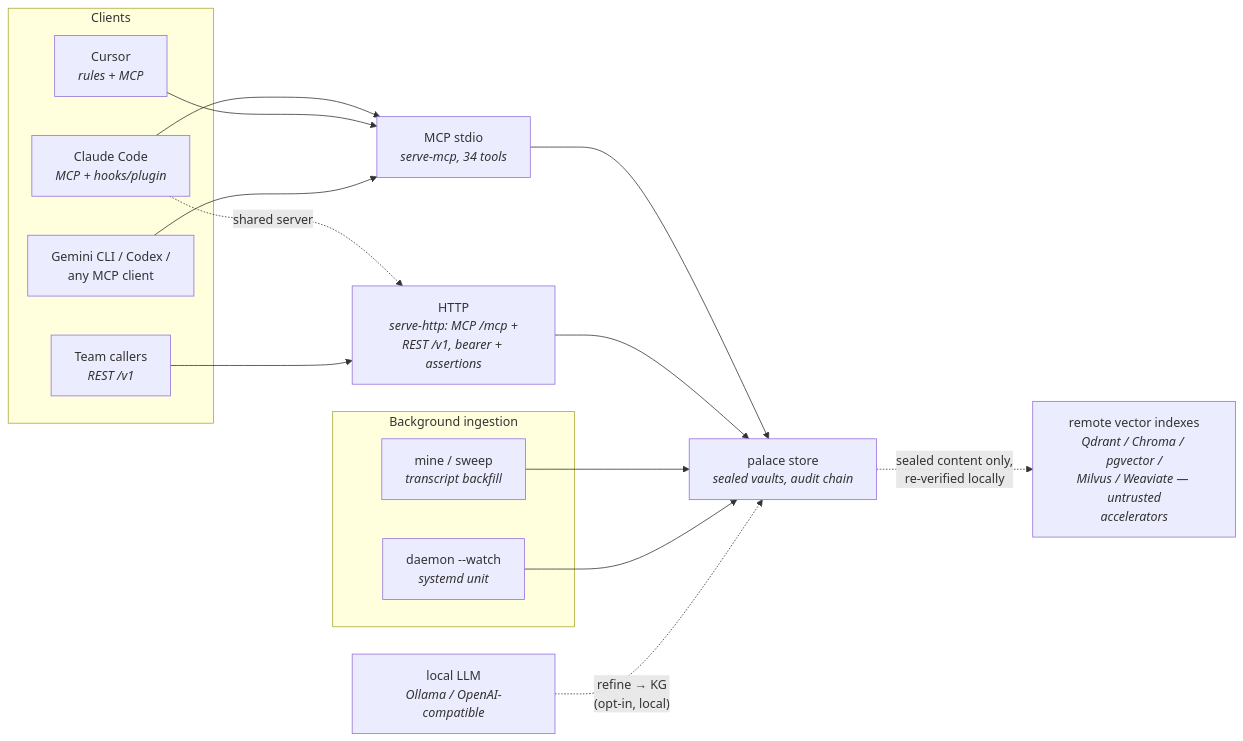
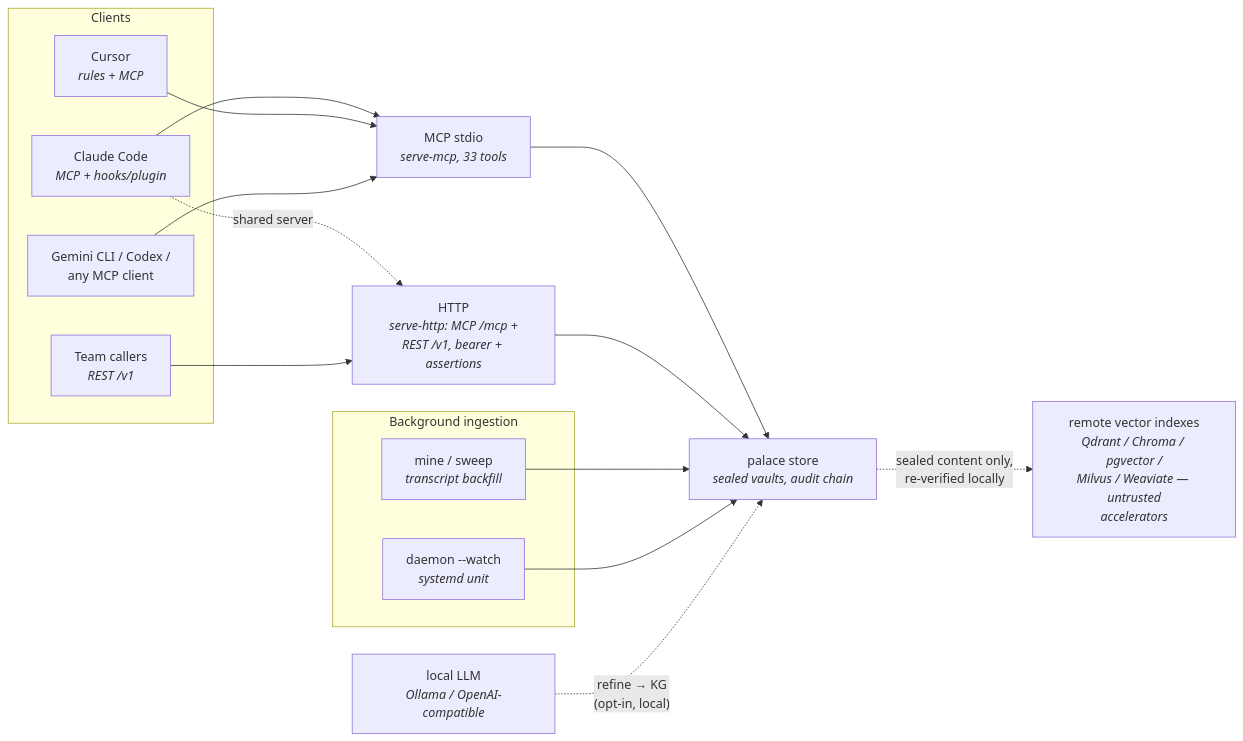
One commit to sealcroft/undercroft changed the diagram in docs/integrations.md. Above: the diagram before and after it, drawn with Mermaid. The commit also changed 31 other files, not shown here.

````diff
--- a/docs/integrations.md
+++ b/docs/integrations.md
@@ -11,24 +11,24 @@
 ```mermaid
 flowchart LR
     subgraph clients["Clients"]
         cc["Claude Code<br/><i>MCP + hooks/plugin</i>"]
         cur["Cursor<br/><i>rules + MCP</i>"]
         gem["Gemini CLI / Codex /<br/>any MCP client"]
         team["Team callers<br/><i>REST /v1</i>"]
     end
     subgraph ingest["Background ingestion"]
         mine["mine / sweep<br/><i>transcript backfill</i>"]
         daemon["daemon --watch<br/><i>systemd unit</i>"]
     end
-    cc --> mcp["MCP stdio<br/><i>serve-mcp, 34 tools</i>"]
+    cc --> mcp["MCP stdio<br/><i>serve-mcp, 33 tools</i>"]
     cur --> mcp
     gem --> mcp
     cc -. "shared server" .-> http["HTTP<br/><i>serve-http: MCP /mcp +<br/>REST /v1, bearer + assertions</i>"]
     team --> http
     mcp --> store["palace store<br/><i>sealed vaults, audit chain</i>"]
     http --> store
     mine --> store
     daemon --> store
     store -. "sealed content only,<br/>re-verified locally" .-> remote["remote vector indexes<br/><i>Qdrant / Chroma / pgvector /<br/>Milvus / Weaviate — untrusted<br/>accelerators</i>"]
     llmx["local LLM<br/><i>Ollama / OpenAI-compatible</i>"] -. "refine → KG<br/>(opt-in, local)" .-> store
 ```
````
